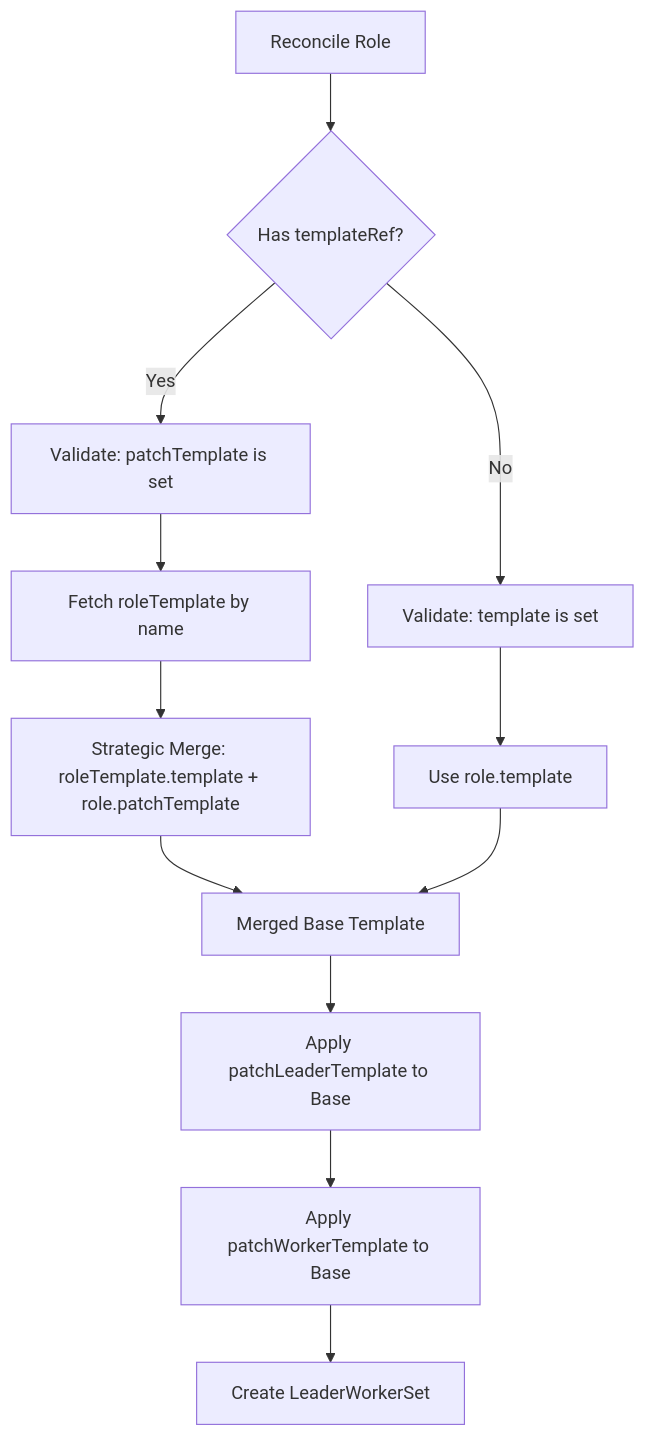
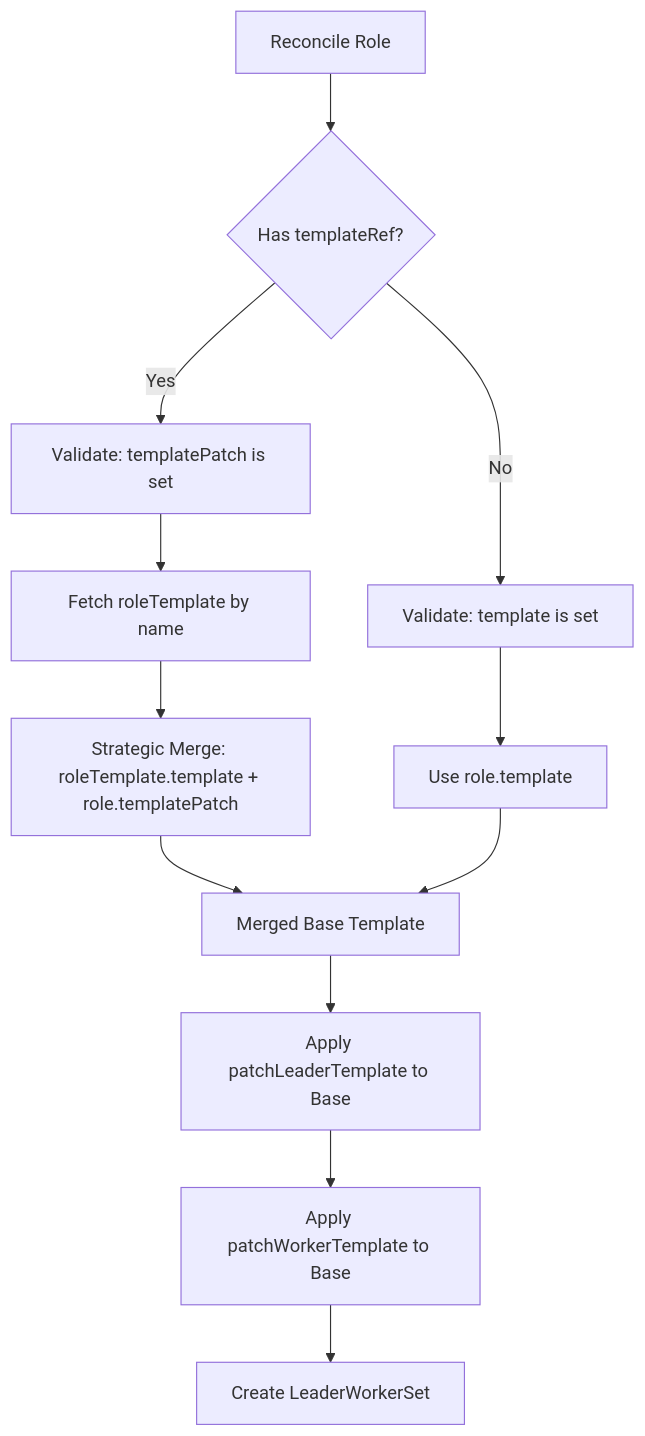
Before and after one commit to sgl-project/rbg: the second of 3 diagrams in keps/8-reduce-yaml-duplication/README.md, drawn with Mermaid. The commit also changed other lines of this file, not shown here.

First line of the commit message:
KEP-8: Add RoleTemplates for YAML deduplication

````diff
--- a/keps/8-reduce-yaml-duplication/README.md
+++ b/keps/8-reduce-yaml-duplication/README.md
@@ -292,15 +312,15 @@
 ```mermaid
 flowchart TD
     A[Reconcile Role] --> B{Has templateRef?}
-    B -->|Yes| C[Validate: patchTemplate is set]
+    B -->|Yes| C[Validate: templatePatch is set]
     C --> D[Fetch roleTemplate by name]
-    D --> E[Strategic Merge: roleTemplate.template + role.patchTemplate]
+    D --> E[Strategic Merge: roleTemplate.template + role.templatePatch]
     E --> F[Merged Base Template]
     B -->|No| G[Validate: template is set]
     G --> H[Use role.template]
     H --> F
 
     F --> I[Apply patchLeaderTemplate to Base]
     I --> J[Apply patchWorkerTemplate to Base]
     J --> K[Create LeaderWorkerSet]
 ```
````
